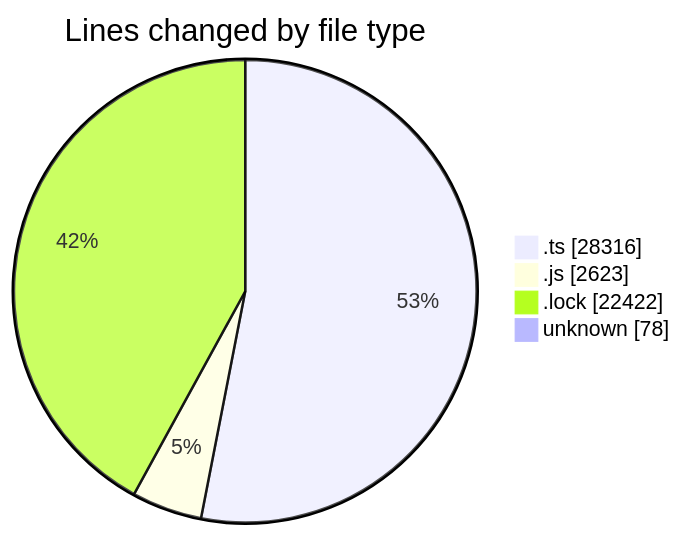
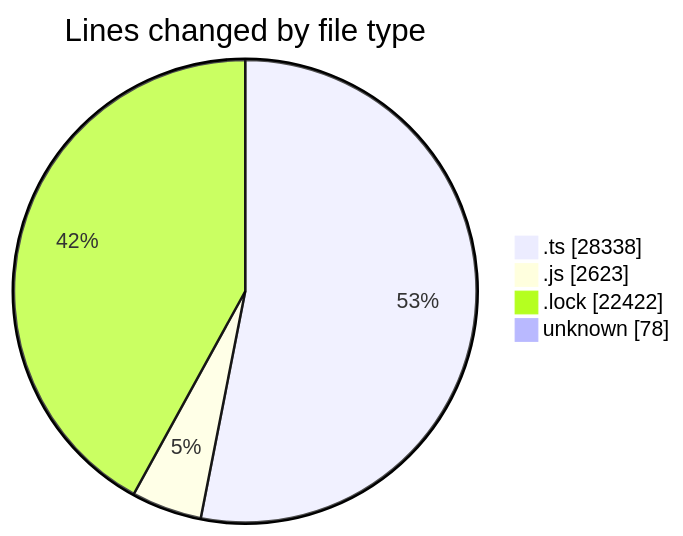
The first of 2 diagrams in 2025-05-20/cda/README.md (momahboobian/code-tracking), drawn with Mermaid before and after one commit. The commit also changed other lines of this file and 1 other file, not shown here.

````diff
--- a/2025-05-20/cda/README.md
+++ b/2025-05-20/cda/README.md
@@ -42,8 +42,8 @@
 ```mermaid
 pie showData
 title Lines changed by file type
-".ts" : 28316
+".ts" : 28338
 ".js" : 2623
 ".lock" : 22422
 "unknown" : 78
 ```
````
